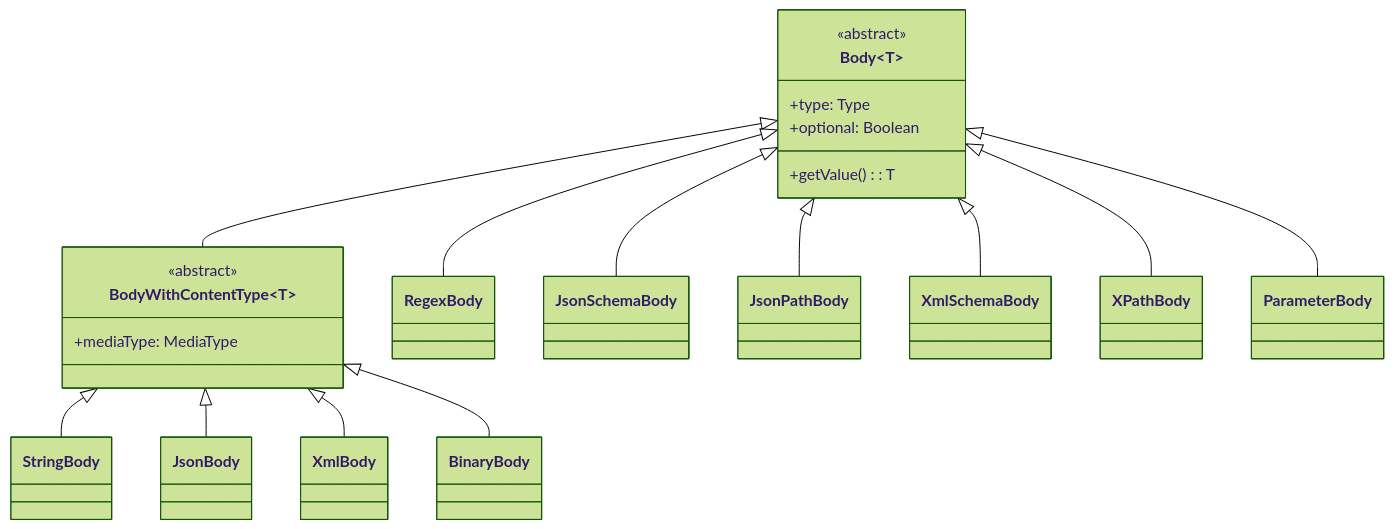
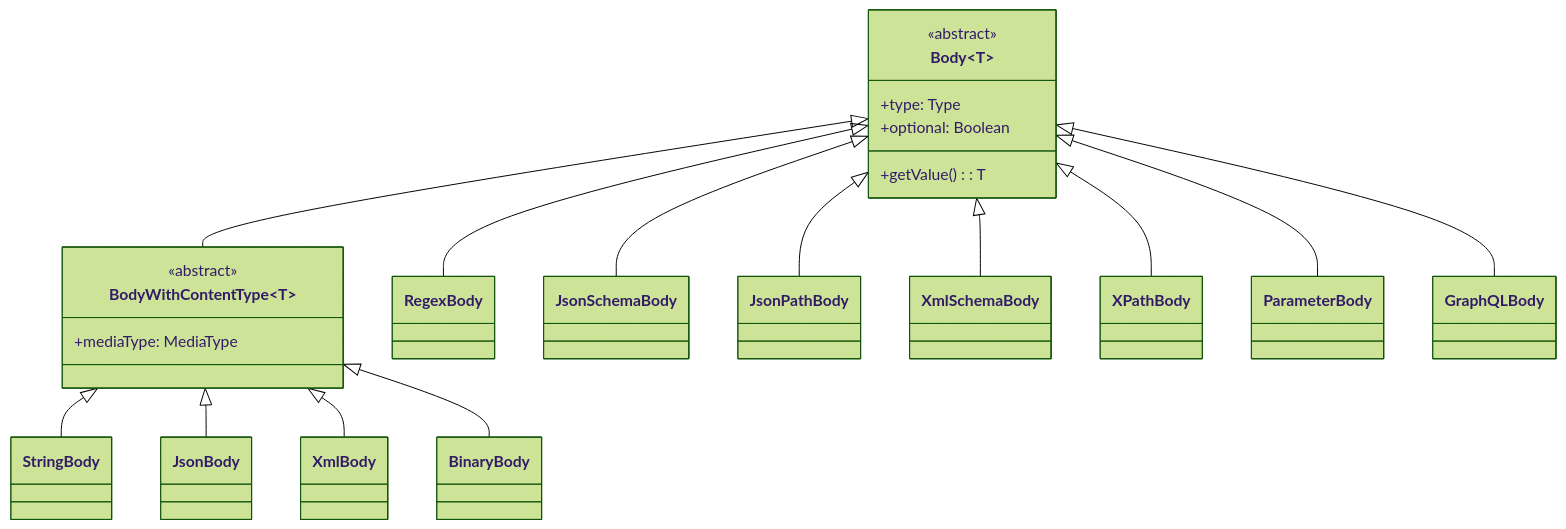
The third of 7 diagrams in docs/code/domain-model.md (mock-server/mockserver), drawn with Mermaid (forest theme) before and after one commit. The commit also changed other lines of this file and 36 other files, not shown here.

````diff
--- a/docs/code/domain-model.md
+++ b/docs/code/domain-model.md
@@ -132,26 +132,27 @@
 ```mermaid
 classDiagram
     class Body~T~ {
         <<abstract>>
         +type: Type
         +optional: Boolean
         +getValue(): T
     }
     class BodyWithContentType~T~ {
         <<abstract>>
         +mediaType: MediaType
     }
 
     Body <|-- BodyWithContentType
     Body <|-- RegexBody
     Body <|-- JsonSchemaBody
     Body <|-- JsonPathBody
     Body <|-- XmlSchemaBody
     Body <|-- XPathBody
     Body <|-- ParameterBody
+    Body <|-- GraphQLBody
 
     BodyWithContentType <|-- StringBody
     BodyWithContentType <|-- JsonBody
     BodyWithContentType <|-- XmlBody
     BodyWithContentType <|-- BinaryBody
 ```
````
